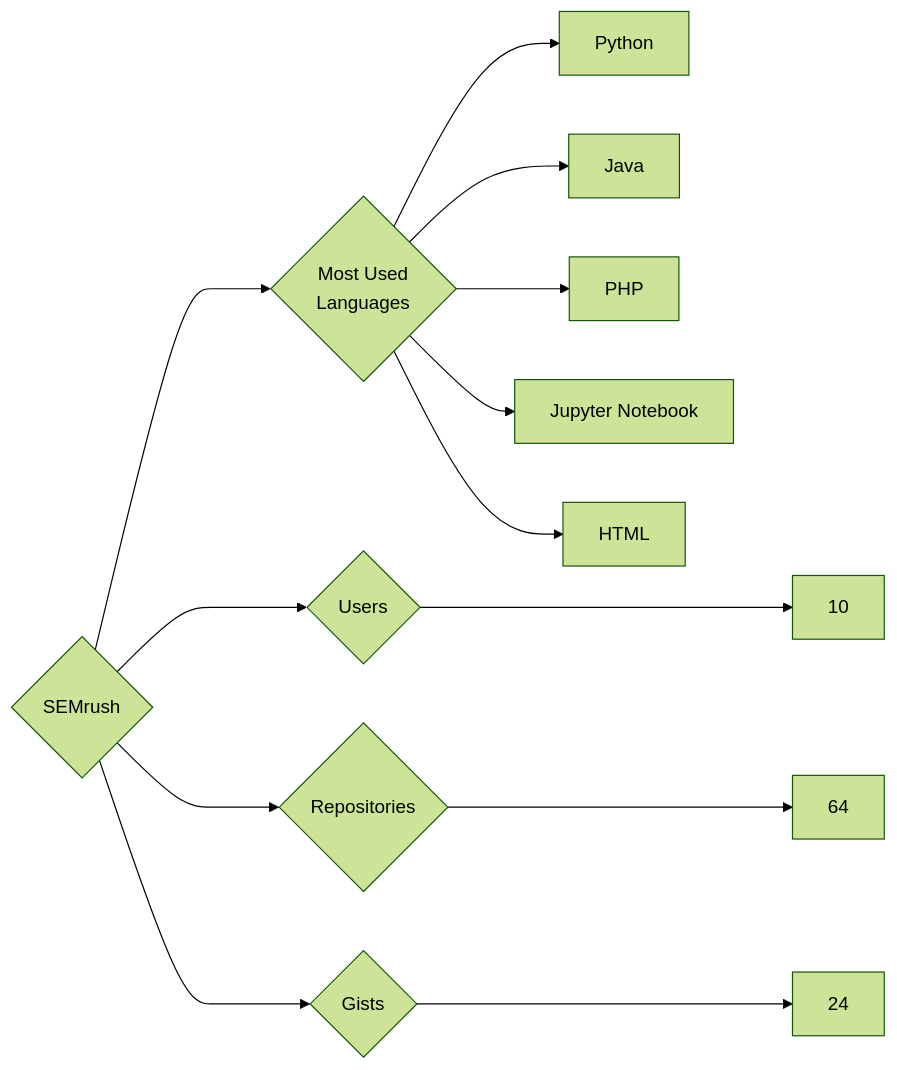
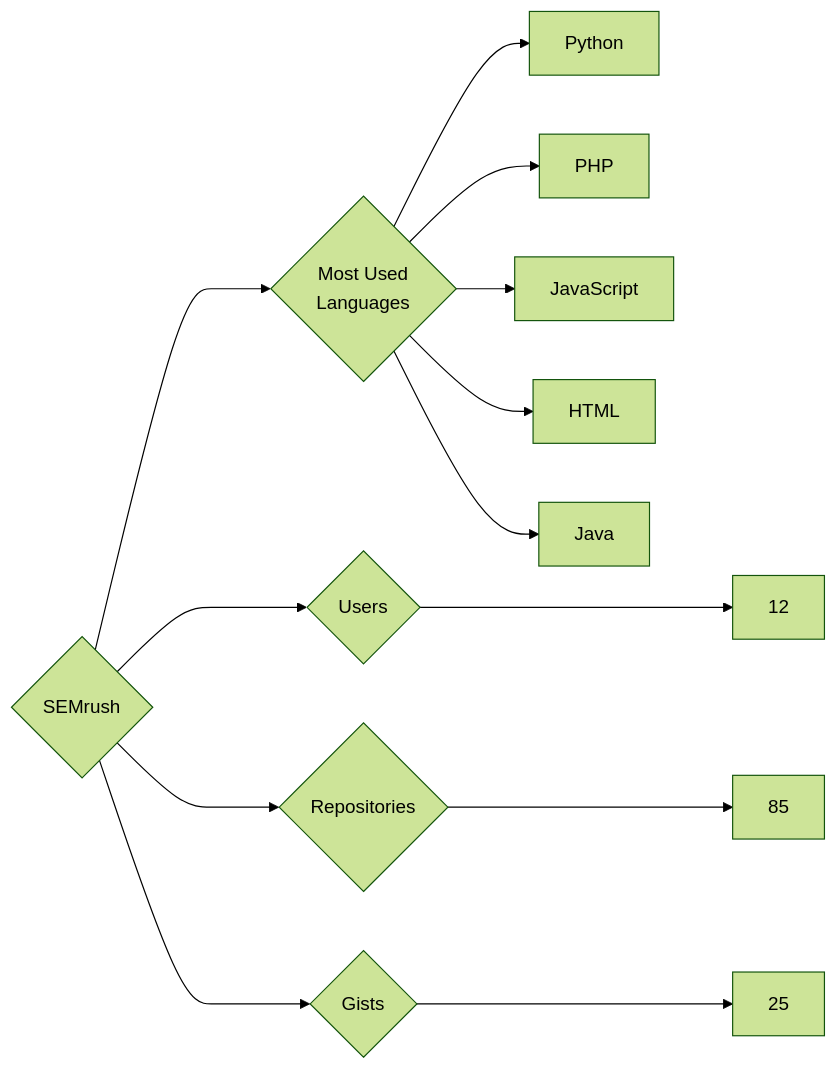
Before and after one commit to trickest/insiders: the diagram in targets/SEMrush/README.md, drawn with Mermaid (forest theme). The commit also changed 1011 other files, not shown here.

````diff
--- a/targets/SEMrush/README.md
+++ b/targets/SEMrush/README.md
@@ -3,13 +3,13 @@
 ```mermaid
 graph LR
 COMPANY_NAME{SEMrush}
-COMPANY_NAME ---> U{Users} ---> UN[10]
-COMPANY_NAME ---> R{Repositories} ---> RN[64]
-COMPANY_NAME ---> G{Gists} ---> GN[24]
+COMPANY_NAME ---> U{Users} ---> UN[12]
+COMPANY_NAME ---> R{Repositories} ---> RN[85]
+COMPANY_NAME ---> G{Gists} ---> GN[25]
 COMPANY_NAME ---> ML{Most Used<br>Languages}
 ML --> Python[Python]
+ML --> PHP[PHP]
+ML --> JavaScript[JavaScript]
+ML --> HTML[HTML]
 ML --> Java[Java]
-ML --> PHP[PHP]
-ML --> Jupyter_Notebook[Jupyter Notebook]
-ML --> HTML[HTML]
 ```
````
